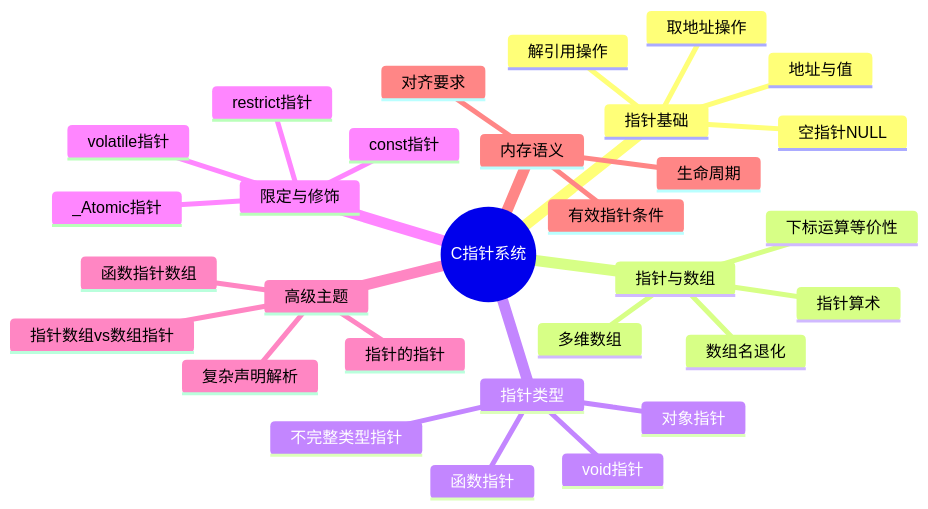
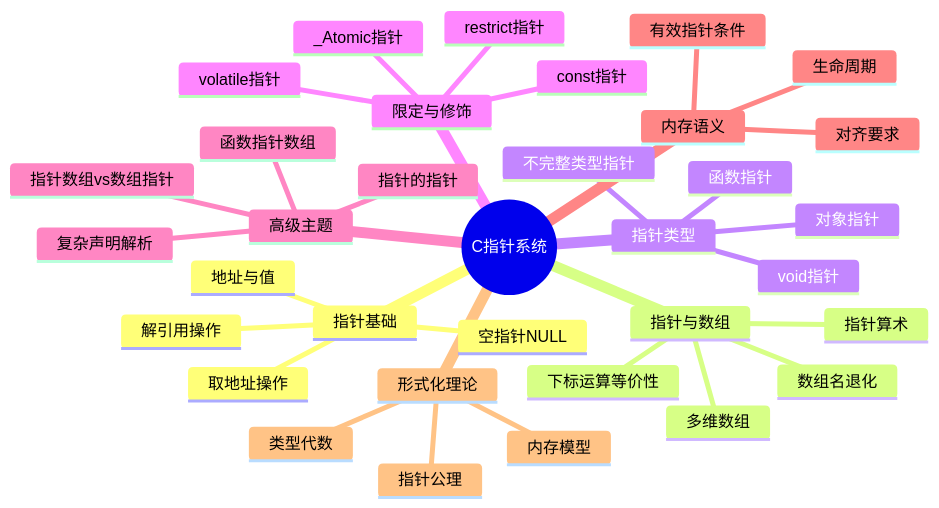
One commit to AdaMartin18010/C_Lang changed the diagram in knowledge/01_Core_Knowledge_System/02_Core_Layer/01_Pointer_Depth.md. Above: the diagram before and after it, drawn with Mermaid. The commit also changed other lines of this file and 11 other files, not shown here.

````diff
--- a/knowledge/01_Core_Knowledge_System/02_Core_Layer/01_Pointer_Depth.md
+++ b/knowledge/01_Core_Knowledge_System/02_Core_Layer/01_Pointer_Depth.md
@@ -23,33 +23,37 @@
 ```mermaid
 mindmap
   root((C指针系统))
     指针基础
       地址与值
       解引用操作
       取地址操作
       空指针NULL
     指针与数组
       数组名退化
       指针算术
       下标运算等价性
       多维数组
     指针类型
       对象指针
       函数指针
       void指针
       不完整类型指针
     限定与修饰
       const指针
       volatile指针
       restrict指针
       _Atomic指针
     高级主题
       复杂声明解析
       指针数组vs数组指针
       函数指针数组
       指针的指针
     内存语义
       有效指针条件
       生命周期
       对齐要求
+    形式化理论
+      类型代数
+      指针公理
+      内存模型
 ```
````
